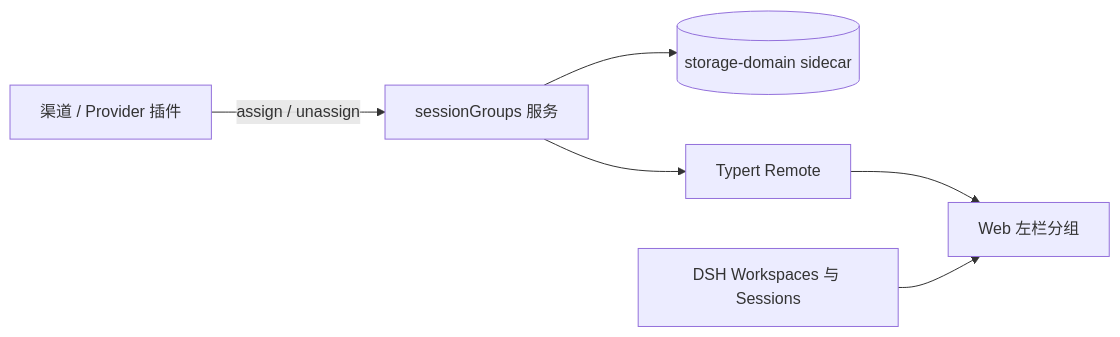
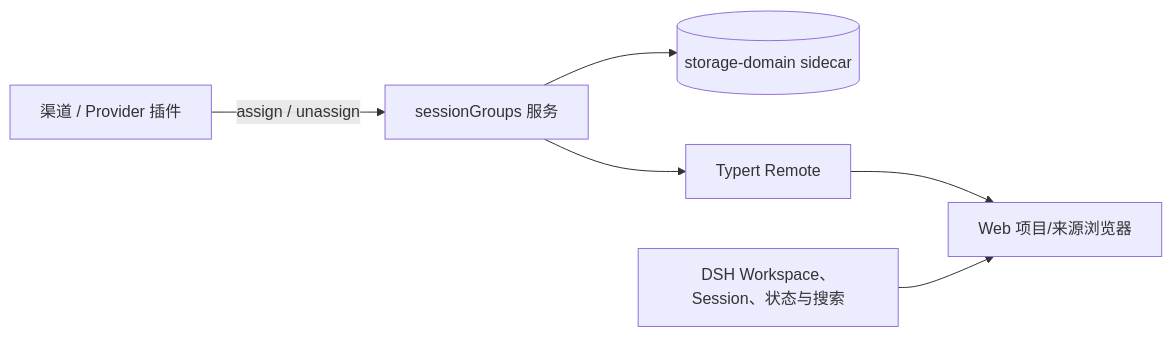
One commit to wheam/dsh-session-groups changed the diagram in README.zh-CN.md. Above: the diagram before and after it, drawn with Mermaid. The commit also changed other lines of this file and 38 other files, not shown here.

````diff
--- a/README.zh-CN.md
+++ b/README.zh-CN.md
@@ -75,8 +81,8 @@
 ```mermaid
 flowchart LR
     P[渠道 / Provider 插件] -->|assign / unassign| S[sessionGroups 服务]
     S --> D[(storage-domain sidecar)]
     S --> R[Typert Remote]
-    R --> B[Web 左栏分组]
-    W[DSH Workspaces 与 Sessions] --> B
+    R --> B[Web 项目/来源浏览器]
+    W[DSH Workspace、Session、状态与搜索] --> B
 ```
````
